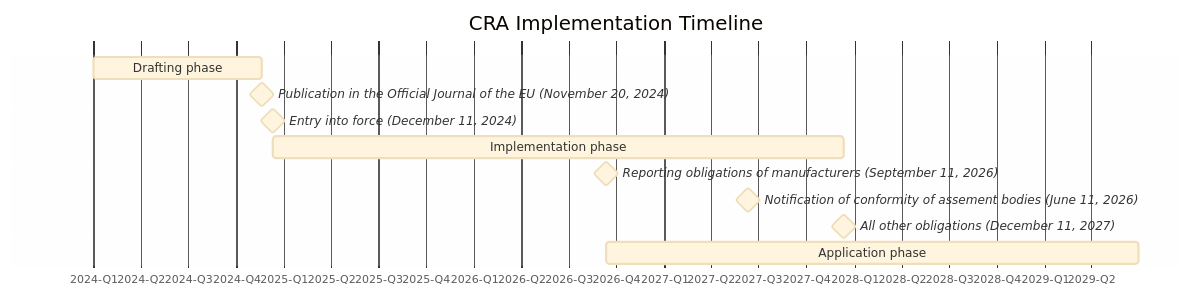
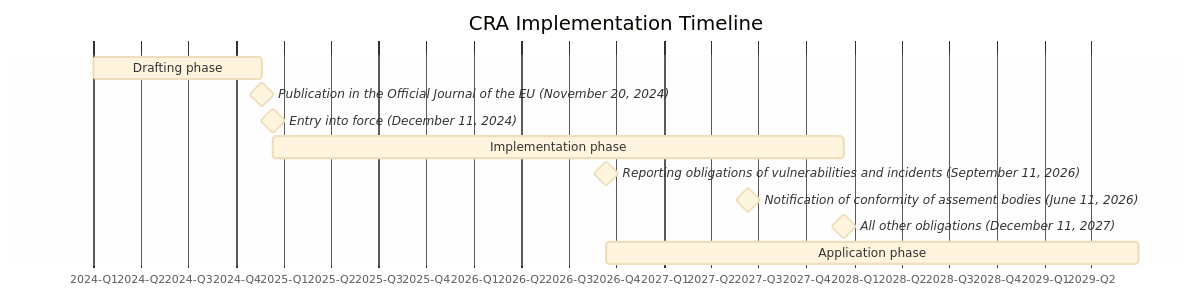
One commit to orcwg/cra-hub changed the diagram in faq.md. Above: the diagram before and after it, drawn with Mermaid. The commit also changed other lines of this file, not shown here.

Commit message:
FAQ clarify that vulnerability reporting isn't limited to manufacturers

````diff
--- a/faq.md
+++ b/faq.md
@@ -18,17 +17,17 @@
 ```mermaid
 %%{init: {'theme':'base'}}%%
 gantt
     title CRA Implementation Timeline
     dateFormat  YYYY-MM-DD
     axisFormat %Y-Q%q
     tickInterval 3month
 
     Drafting phase: 2024-01-01, 2024-11-20
     Publication in the Official Journal of the EU (November 20, 2024): milestone, 2024-11-20, 5m
     Entry into force (December 11, 2024): milestone, 2024-12-11, 5m
     Implementation phase: 2024-12-11, 3y
-    Reporting obligations of manufacturers (September 11, 2026): milestone, 2026-09-11, 5m
+    Reporting obligations of vulnerabilities and incidents (September 11, 2026): milestone, 2026-09-11, 5m
     Notification of conformity of assement bodies (June 11, 2026): milestone, 2027-06-11, 5m
     All other obligations (December 11, 2027): milestone, 2027-12-11, 5m
     Application phase: 2026-09-11, 2029-06-30
 ```
````
